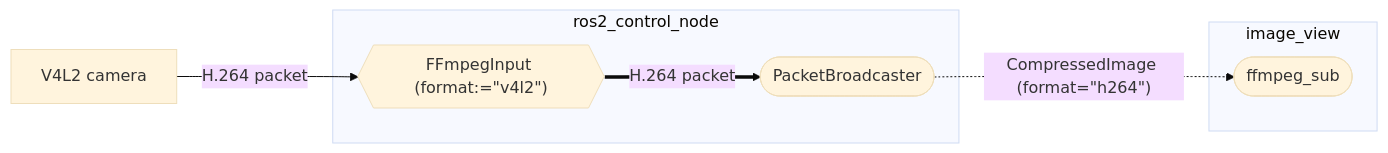
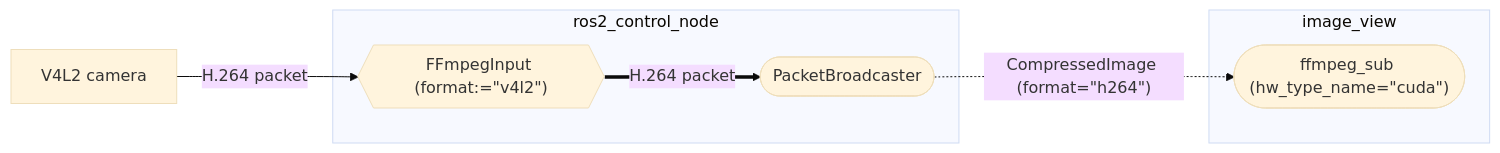
Before and after one commit to yoshito-n-students/ffmpeg_pipeline: the first of 3 diagrams in README.md, drawn with Mermaid (base theme).

Commit message:
modify flowchart in README

````diff
--- a/README.md
+++ b/README.md
@@ -122,11 +122,11 @@
 ```mermaid
 flowchart LR
    A@{ shape: rect, label: "V4L2 camera" } -- "H.264 packet" --> B@{ shape: hex, label: "FFmpegInput (format:=#quot;v4l2#quot;)" }
    subgraph ros2_control_node
    B == "H.264 packet" ==> C@{ shape: stadium, label: "PacketBroadcaster" }
    end
-   C -. "CompressedImage (format=#quot;h264#quot;)" .-> D@{ shape: stadium, label: "ffmpeg_sub" }
+   C -. "CompressedImage (format=#quot;h264#quot;)" .-> D@{ shape: stadium, label: "ffmpeg_sub (hw_type_name=#quot;cuda#quot;)" }
    subgraph image_view
    D
    end
 ```
````
